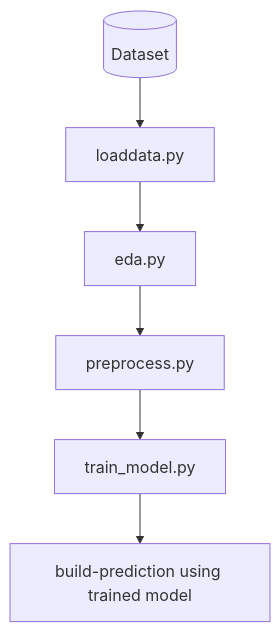
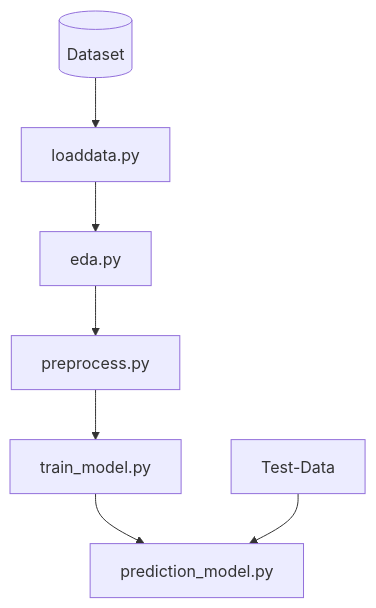
One commit to Rian021102/Smoker-Detection-Bio-Signs changed the diagram in README.md. Above: the diagram before and after it, drawn with Mermaid.

````diff
--- a/README.md
+++ b/README.md
@@ -57,10 +57,11 @@
 ```mermaid
 flowchart TD
 dataset[(Dataset)]-->loaddata["loaddata.py"]
 loaddata-->eda["eda.py"]
 eda-->preprocess["preprocess.py"]
 preprocess-->trainmodel["train_model.py"]
-trainmodel-->predict["build-prediction using trained model"]
+trainmodel-->predict["prediction_model.py"]
+newdata["Test-Data"]-->predict
 
 
  ```
````
